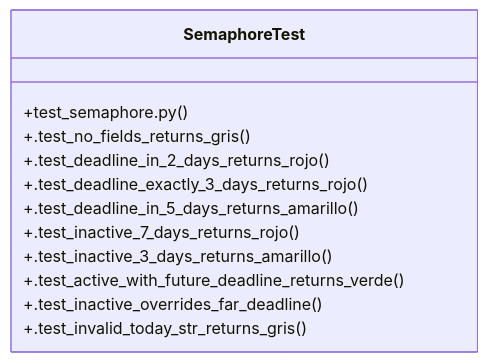
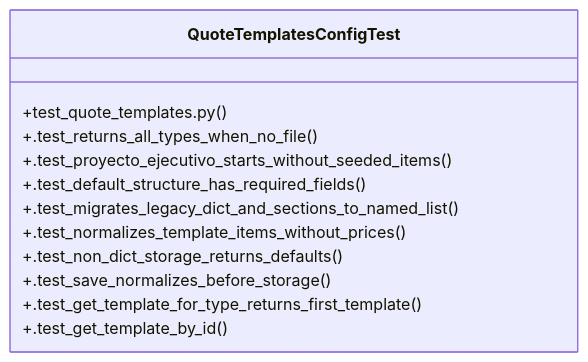
Before and after one commit to Daftrick/ProjectTracker: the diagram in graphify-out/wiki/Community_17.md, drawn with Mermaid. The commit also changed other lines of this file and 471 other files, not shown here.

First line of the commit message:
v46.0 — Nuevo tipo de cotización "Proyecto Ejecutivo" sin cantidad ni unidad

````diff
--- a/graphify-out/wiki/Community_17.md
+++ b/graphify-out/wiki/Community_17.md
@@ -36,15 +36,15 @@
 ```mermaid
 classDiagram
-    class SemaphoreTest {
-        +test_semaphore.py()
-        +.test_no_fields_returns_gris()
-        +.test_deadline_in_2_days_returns_rojo()
-        +.test_deadline_exactly_3_days_returns_rojo()
-        +.test_deadline_in_5_days_returns_amarillo()
-        +.test_inactive_7_days_returns_rojo()
-        +.test_inactive_3_days_returns_amarillo()
-        +.test_active_with_future_deadline_returns_verde()
-        +.test_inactive_overrides_far_deadline()
-        +.test_invalid_today_str_returns_gris()
+    class QuoteTemplatesConfigTest {
+        +test_quote_templates.py()
+        +.test_returns_all_types_when_no_file()
+        +.test_proyecto_ejecutivo_starts_without_seeded_items()
+        +.test_default_structure_has_required_fields()
+        +.test_migrates_legacy_dict_and_sections_to_named_list()
+        +.test_normalizes_template_items_without_prices()
+        +.test_non_dict_storage_returns_defaults()
+        +.test_save_normalizes_before_storage()
+        +.test_get_template_for_type_returns_first_template()
+        +.test_get_template_by_id()
     }
 ```
````
